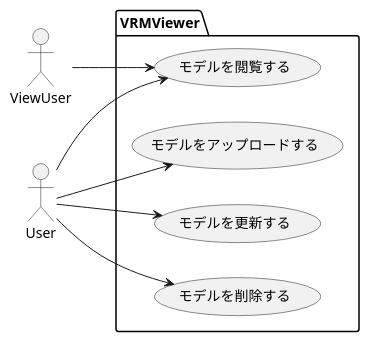
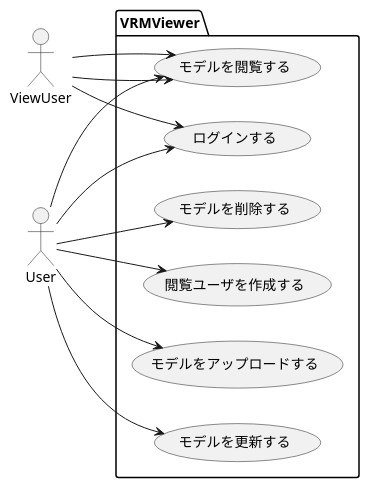
One commit to tuki9ko/VrmViewer changed the diagram in document/UseCase.pu. Above: the diagram before and after it, drawn with PlantUML. The commit also changed 1 other file, not shown here.

```diff
--- a/document/UseCase.pu
+++ b/document/UseCase.pu
@@ -1,20 +1,26 @@
 @startuml UseCase
 
 left to right direction
 actor ViewUser as vu
 actor User as u
 
 package VRMViewer{
+	usecase "ログインする" as uc6
 	usecase "モデルを閲覧する" as uc1
 	usecase "モデルをアップロードする" as uc2
 	usecase "モデルを更新する" as uc3
 	usecase "モデルを削除する" as uc4
+	usecase "閲覧ユーザを作成する" as uc5
 }
 
+vu --> uc6
+vu --> uc1
 vu --> uc1
 u --> uc1
 u --> uc2
 u --> uc3
 u --> uc4
+u --> uc5
+u --> uc6
 
 @enduml
```
